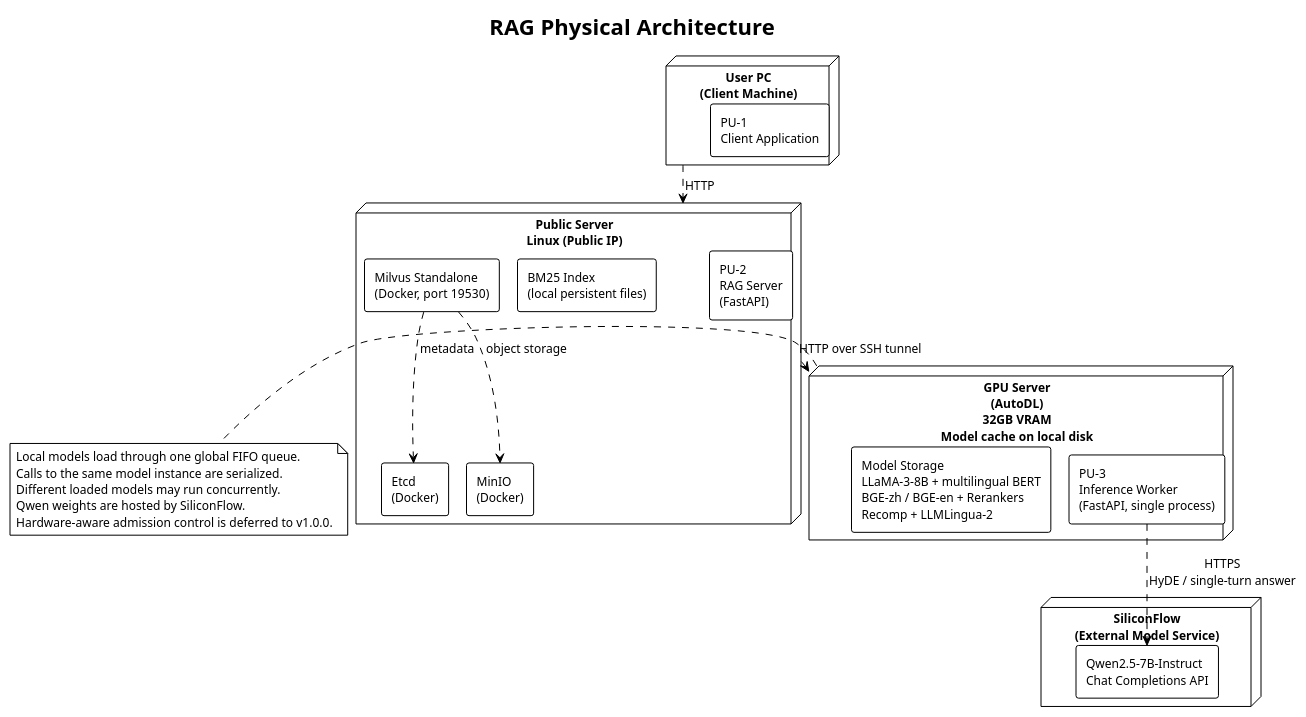
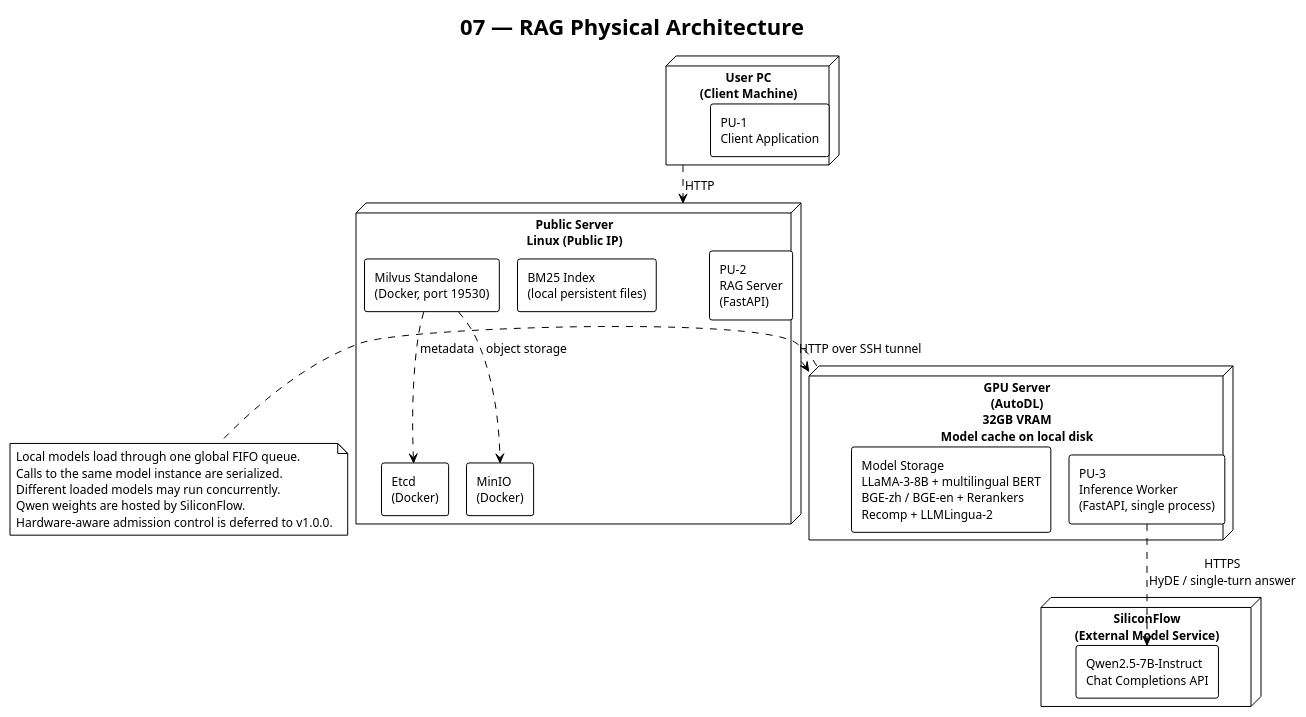
One commit to 24-Fahed/RAG changed the diagram in docs/architecture/07_physical_architecture.puml. Above: the diagram before and after it, drawn with PlantUML. The commit also changed 46 other files, not shown here.

Commit message:
docs: restore workflow image and number architecture diagrams

```diff
--- a/docs/architecture/07_physical_architecture.puml
+++ b/docs/architecture/07_physical_architecture.puml
@@ -1,47 +1,47 @@
-@startuml RAG_Physical_Architecture
+@startuml 07_physical_architecture
 !theme plain
 !pragma layout smetana
 skinparam packageStyle rectangle
 skinparam shadowing false
 skinparam defaultFontSize 12
 
-title RAG Physical Architecture
+title 07 — RAG Physical Architecture
 
 node "User PC\n(Client Machine)" as user {
     rectangle "PU-1\nClient Application" as pu1
 }
 
 node "Public Server\nLinux (Public IP)" as server {
     rectangle "PU-2\nRAG Server\n(FastAPI)" as pu2
     rectangle "Milvus Standalone\n(Docker, port 19530)" as milvus
     rectangle "BM25 Index\n(local persistent files)" as bm25
     rectangle "Etcd\n(Docker)" as etcd
     rectangle "MinIO\n(Docker)" as minio
 }
 
 node "GPU Server\n(AutoDL)\n32GB VRAM\nModel cache on local disk" as gpu {
     rectangle "PU-3\nInference Worker\n(FastAPI, single process)" as pu3
     rectangle "Model Storage\nLLaMA-3-8B + multilingual BERT\nBGE-zh / BGE-en + Rerankers\nRecomp + LLMLingua-2" as models
 }
 
 user ..> server : HTTP
 server ..> gpu : HTTP over SSH tunnel
 
 node "SiliconFlow\n(External Model Service)" as cloud {
     rectangle "Qwen2.5-7B-Instruct\nChat Completions API" as qwen
 }
 
 pu3 ..> qwen : HTTPS\nHyDE / single-turn answer
 
 note right of gpu
   Local models load through one global FIFO queue.
   Calls to the same model instance are serialized.
   Different loaded models may run concurrently.
   Qwen weights are hosted by SiliconFlow.
   Hardware-aware admission control is deferred to v1.0.0.
 end note
 
 milvus ..> etcd : metadata
 milvus ..> minio : object storage
 
 @enduml
```
